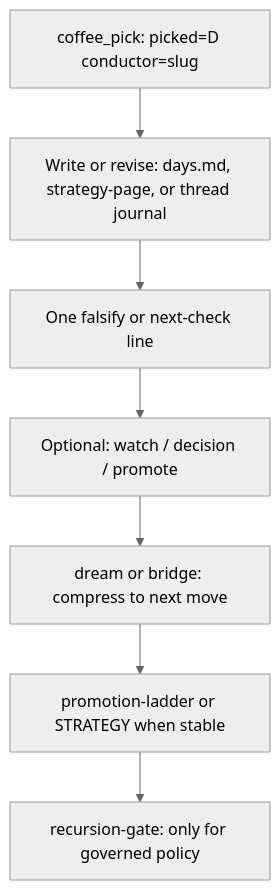
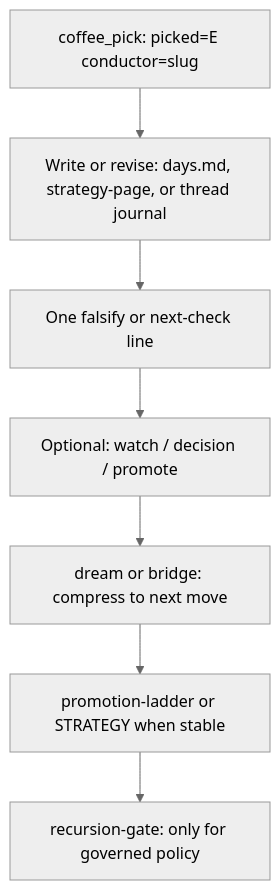
One commit to rbtkhn/grace-mar changed the diagram in docs/skill-work/work-strategy/strategy-notebook/CONDUCTOR-IMPROVEMENT-LOOP.md. Above: the diagram before and after it, drawn with Mermaid (neutral theme). The commit also changed other lines of this file and 30 other files, not shown here.

First line of the commit message:
feat(coffee): hub A-E Steward Engineer Historian Capitalist Conductor

````diff
--- a/docs/skill-work/work-strategy/strategy-notebook/CONDUCTOR-IMPROVEMENT-LOOP.md
+++ b/docs/skill-work/work-strategy/strategy-notebook/CONDUCTOR-IMPROVEMENT-LOOP.md
@@ -31,16 +31,16 @@
 ```mermaid
 flowchart TD
-  pick["coffee_pick: picked=D conductor=slug"]
+  pick["coffee_pick: picked=E conductor=slug"]
   work["Write or revise: days.md, strategy-page, or thread journal"]
   test["One falsify or next-check line"]
   mark["Optional: watch / decision / promote"]
   compress["dream or bridge: compress to next move"]
   promote["promotion-ladder or STRATEGY when stable"]
   gate["recursion-gate: only for governed policy"]
   pick --> work
   work --> test
   test --> mark
   mark --> compress
   compress --> promote
   promote --> gate
 ```
````
